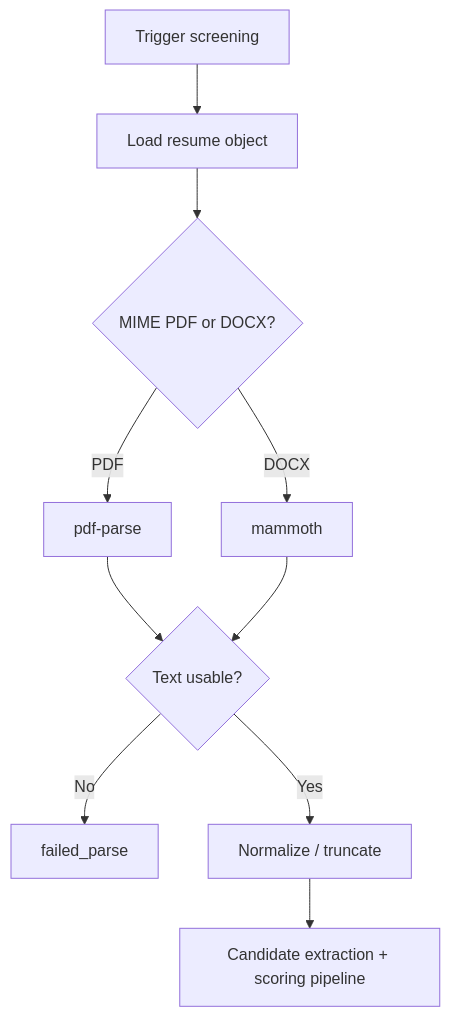
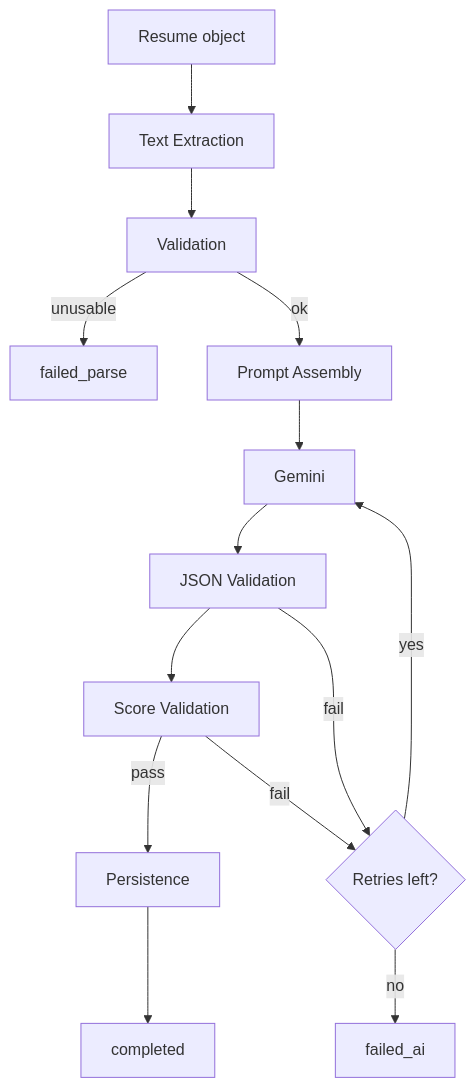
One commit to VishnuVardhan-CH-2022/resume-rank-ai-dev changed diagram 15 of 17 in docs/02-design/04-System-Design-Document.md. Above: the diagram before and after it, drawn with Mermaid. The commit also changed other lines of this file and 4 other files, not shown here.

````diff
--- a/docs/02-design/04-System-Design-Document.md
+++ b/docs/02-design/04-System-Design-Document.md
@@ -948,12 +951,16 @@
 ```mermaid
 flowchart TD
-  A[Trigger screening] --> B[Load resume object]
-  B --> C{MIME PDF or DOCX?}
-  C -->|PDF| D[pdf-parse]
-  C -->|DOCX| E[mammoth]
-  D --> F{Text usable?}
-  E --> F
-  F -->|No| G[failed_parse]
-  F -->|Yes| H[Normalize / truncate]
-  H --> I[Candidate extraction + scoring pipeline]
+  A[Resume object] --> B[Text Extraction]
+  B --> C[Validation]
+  C -->|unusable| FP[failed_parse]
+  C -->|ok| D[Prompt Assembly]
+  D --> E[Gemini]
+  E --> F[JSON Validation]
+  F --> G[Score Validation]
+  G -->|pass| H[Persistence]
+  H --> I[completed]
+  F -->|fail| R{Retries left?}
+  G -->|fail| R
+  R -->|yes| E
+  R -->|no| FA[failed_ai]
 ```
````
